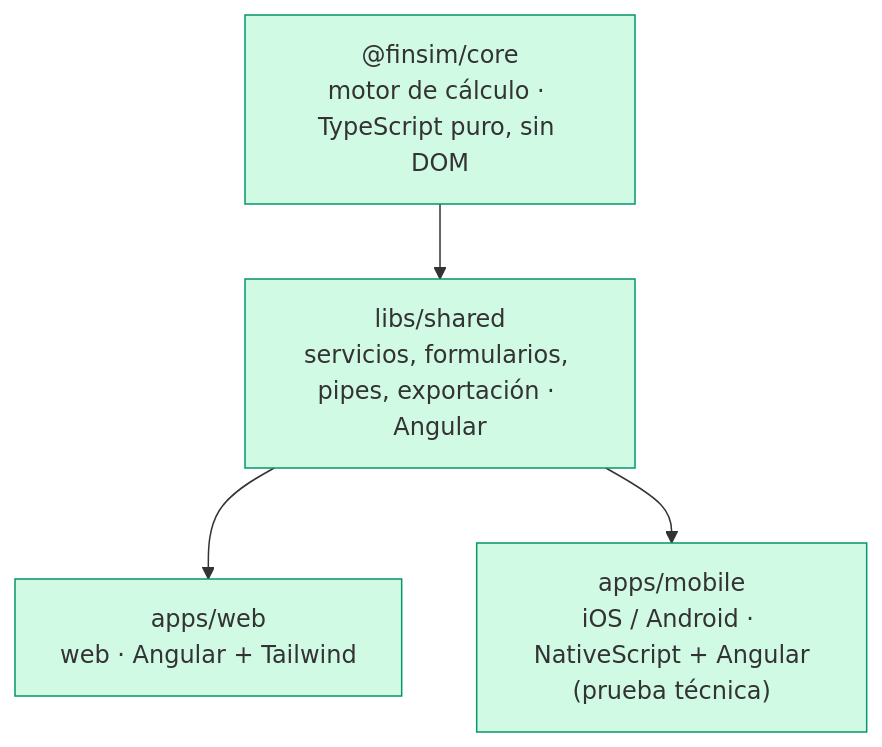
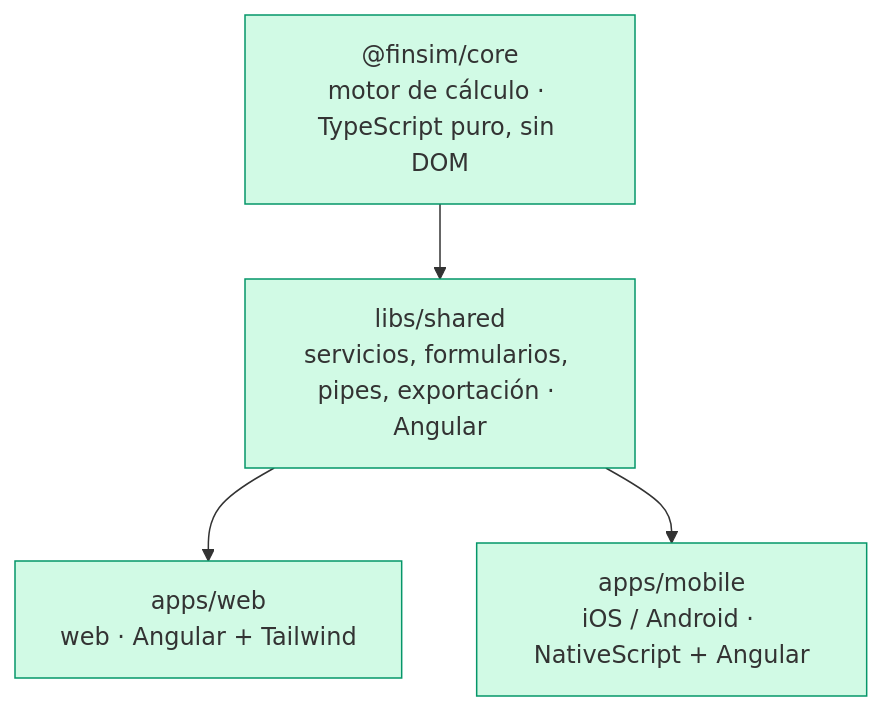
One commit to etenorio87/finsim changed the diagram in README.md. Above: the diagram before and after it, drawn with Mermaid. The commit also changed other lines of this file and 25 other files, not shown here.

````diff
--- a/README.md
+++ b/README.md
@@ -36,15 +36,15 @@
 ```mermaid
 flowchart TD
     core["@finsim/core<br/>motor de cálculo · TypeScript puro, sin DOM"]
     shared["libs/shared<br/>servicios, formularios, pipes, exportación · Angular"]
     web["apps/web<br/>web · Angular + Tailwind"]
-    mobile["apps/mobile<br/>iOS / Android · NativeScript + Angular<br/>(prueba técnica)"]
+    mobile["apps/mobile<br/>iOS / Android · NativeScript + Angular"]
 
     core --> shared
     shared --> web
     shared --> mobile
 
     classDef actual fill:#d1fae5,stroke:#059669
     classDef previsto fill:#f3f4f6,stroke:#9ca3af,stroke-dasharray:4
     class core,shared,web,mobile actual
 ```
````
